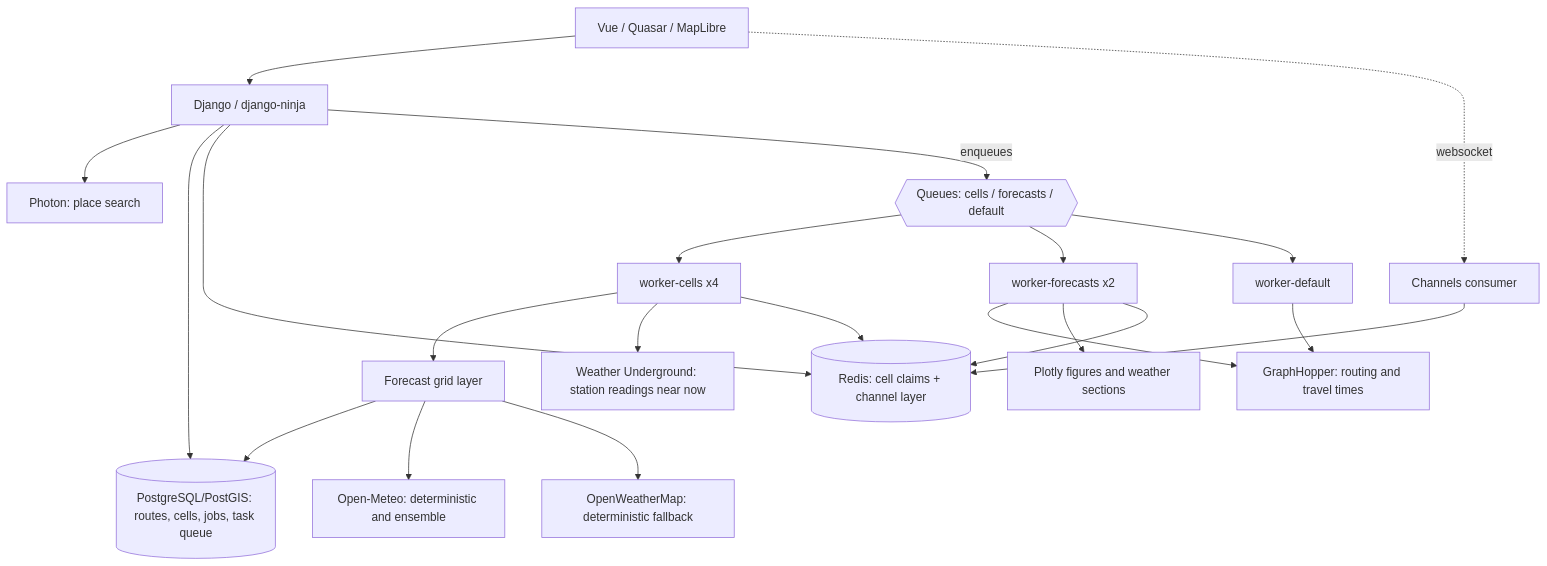
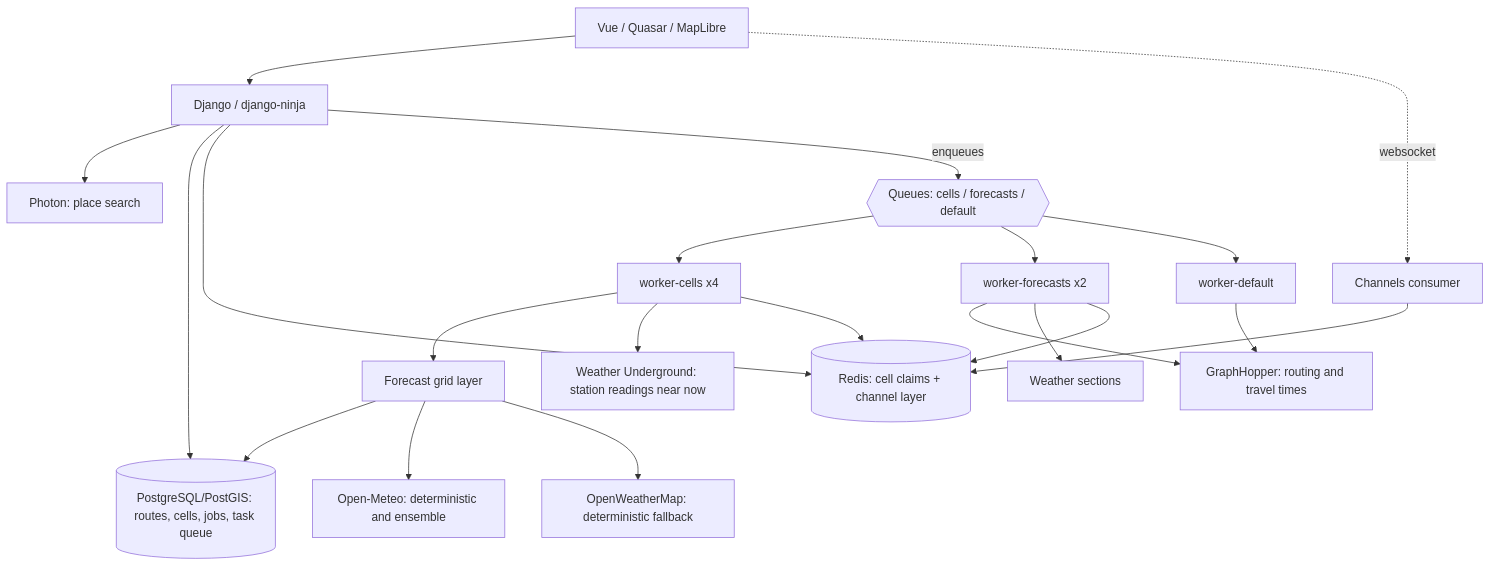
Before and after one commit to mnboos/norain: the diagram in docs/explanation/architecture.md, drawn with Mermaid. The commit also changed other lines of this file and 84 other files, not shown here.

````diff
--- a/docs/explanation/architecture.md
+++ b/docs/explanation/architecture.md
@@ -7,23 +7,23 @@
 ```mermaid
 flowchart TD
     UI[Vue / Quasar / MapLibre] --> API[Django / django-ninja]
     UI -. websocket .-> WS[Channels consumer]
     API --> Photon[Photon: place search]
     API --> DB[(PostgreSQL/PostGIS: routes, cells, jobs, task queue)]
     API --> Redis[(Redis: cell claims + channel layer)]
     WS --> Redis
     API -- enqueues --> Q{{Queues: cells / forecasts / default}}
     Q --> WC[worker-cells x4]
     Q --> WF[worker-forecasts x2]
     Q --> WD[worker-default]
     WF --> GH[GraphHopper: routing and travel times]
     WD --> GH
     WC --> Grid[Forecast grid layer]
-    WF --> Plot[Plotly figures and weather sections]
+    WF --> Plot[Weather sections]
     Grid --> DB
     Grid --> OM[Open-Meteo: deterministic and ensemble]
     Grid --> OWM[OpenWeatherMap: deterministic fallback]
     WC --> WU[Weather Underground: station readings near now]
     WC --> Redis
     WF --> Redis
 ```
````
